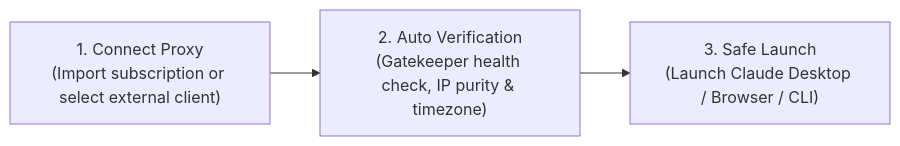
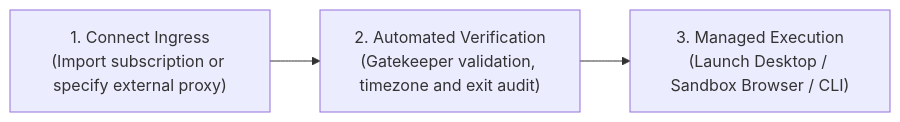
Before and after one commit to zhongyuanl/xiaofanchuan: the diagram in README.en.md, drawn with Mermaid. The commit also changed other lines of this file and 1 other file, not shown here.

````diff
--- a/README.en.md
+++ b/README.en.md
@@ -115,8 +110,8 @@
 ```mermaid
 flowchart LR
-    Step1["1. Connect Proxy<br/>(Import subscription or select external client)"]
-    Step2["2. Auto Verification<br/>(Gatekeeper health check, IP purity & timezone)"]
-    Step3["3. Safe Launch<br/>(Launch Claude Desktop / Browser / CLI)"]
+    Step1["1. Connect Ingress<br/>(Import subscription or specify external proxy)"]
+    Step2["2. Automated Verification<br/>(Gatekeeper validation, timezone and exit audit)"]
+    Step3["3. Managed Execution<br/>(Launch Desktop / Sandbox Browser / CLI)"]
 
     Step1 --> Step2 --> Step3
 ```
````
